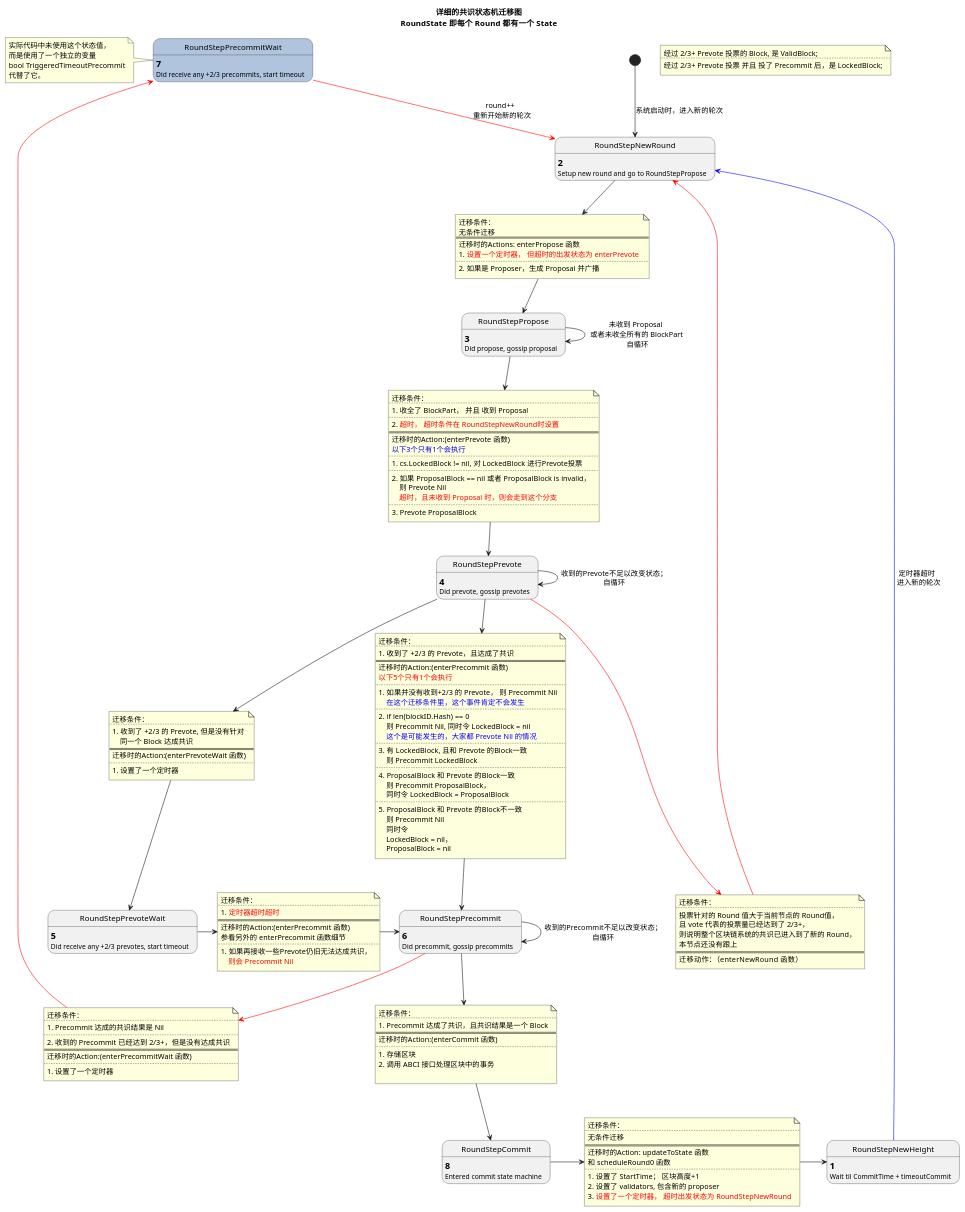
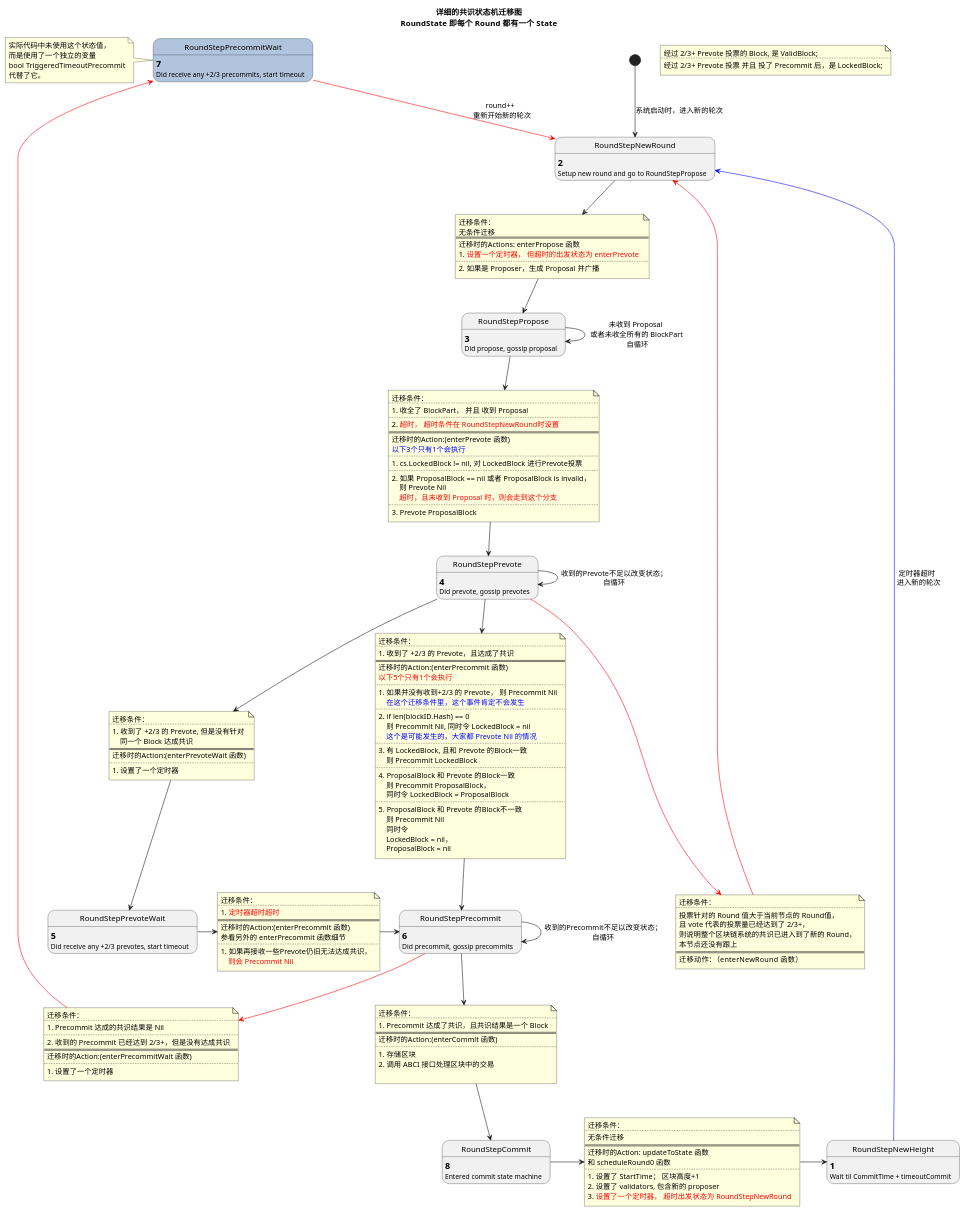
The third of 5 diagrams in plantumls/006.tenderming的共识.puml (wanggeng01041454/EthermintStudyNote), drawn with PlantUML before and after one commit. The commit also changed 8 other files, not shown here.

Commit message:
完成了 ABCI 分析文章的输出。 调整了总体架构中的分阶段图。

```diff
--- a/plantumls/006.tenderming的共识.puml
+++ b/plantumls/006.tenderming的共识.puml
@@ -377,7 +377,7 @@
         迁移时的Action:(enterCommit 函数)
         ....
         1. 存储区块
-        2. 调用 ABCI 接口处理区块中的事务
+        2. 调用 ABCI 接口处理区块中的交易
 
     end note 
     RoundStepPrecommit --> RoundStepPrecommit_2_RoundStepCommit
```
